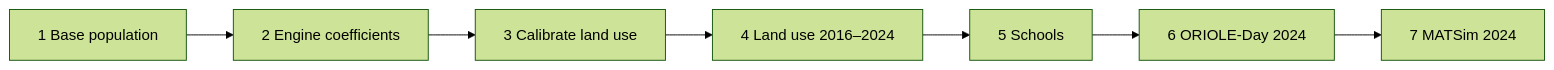
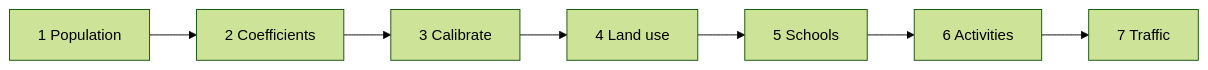
The diagram in docs/get-started/running.md (Tomal121186621/MILES), drawn with Mermaid (forest theme) before and after one commit. The commit also changed other lines of this file and 1051 other files, not shown here.

````diff
--- a/docs/get-started/running.md
+++ b/docs/get-started/running.md
@@ -5,4 +5,4 @@
 ```mermaid
 flowchart LR
-  s1[1 Base population] --> s2[2 Engine coefficients] --> s3[3 Calibrate land use] --> s4[4 Land use 2016–2024] --> s5[5 Schools] --> s6[6 ORIOLE-Day 2024] --> s7[7 MATSim 2024]
+  s1[1 Population] --> s2[2 Coefficients] --> s3[3 Calibrate] --> s4[4 Land use] --> s5[5 Schools] --> s6[6 Activities] --> s7[7 Traffic]
 ```
````
